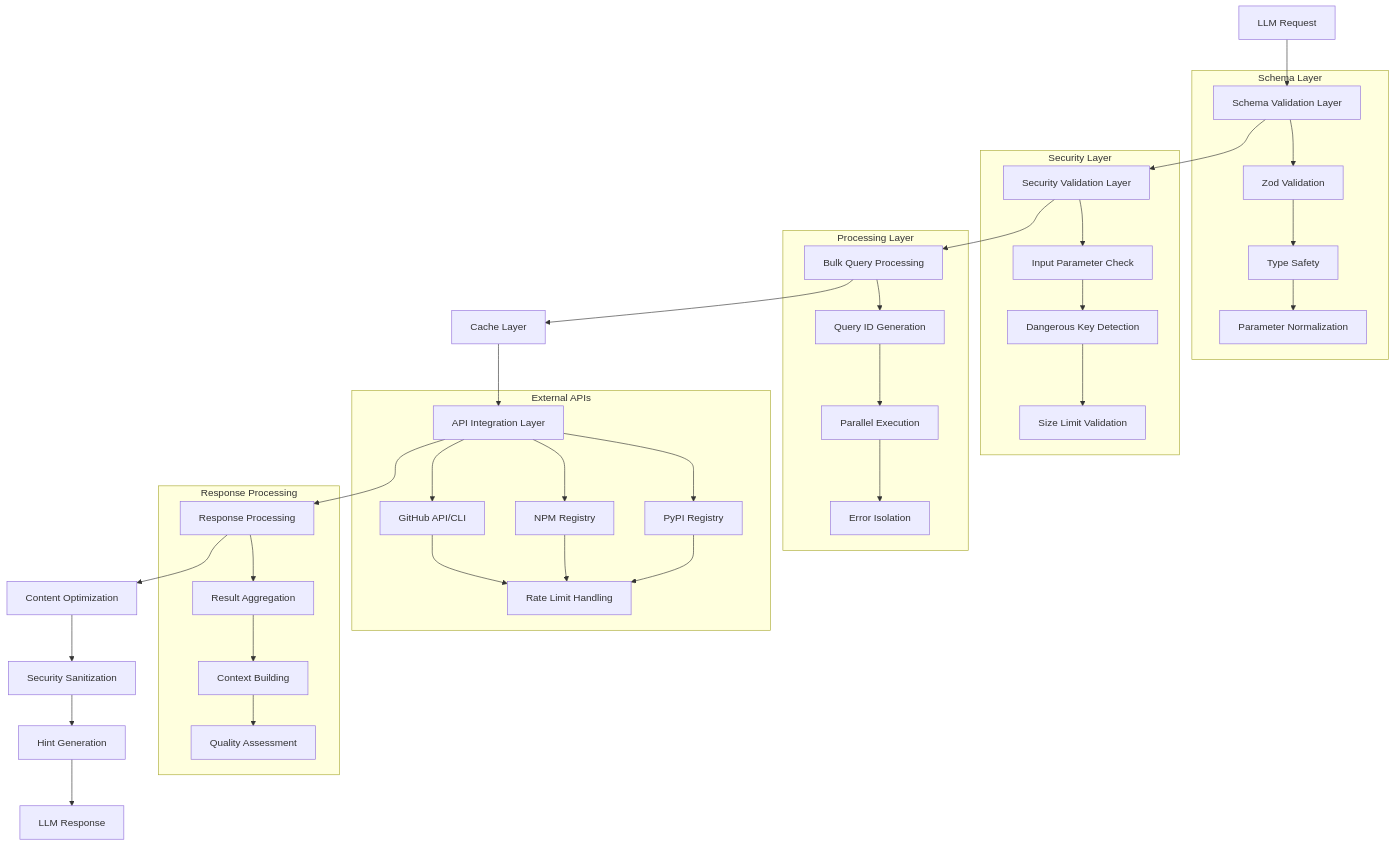
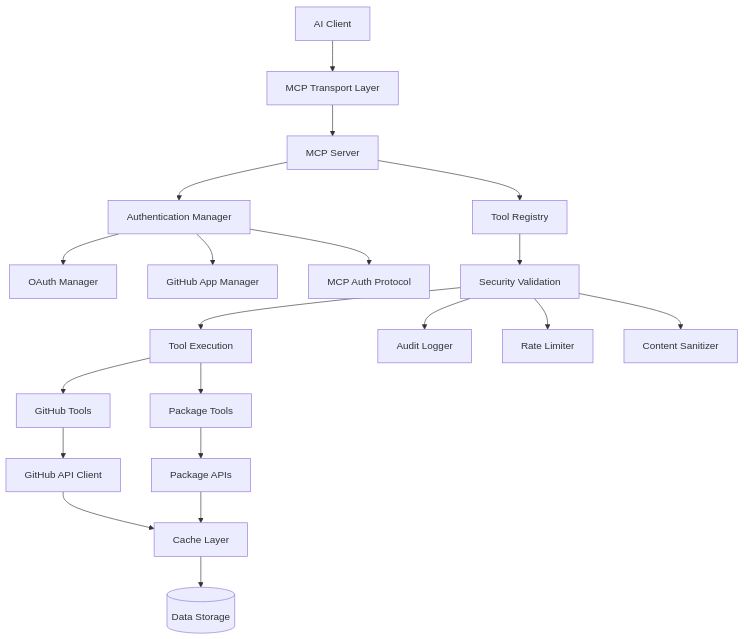
One commit to bgauryy/octocode-mcp changed the first of 3 diagrams in packages/octocode-mcp/docs/summary.md. Above: the diagram before and after it, drawn with Mermaid. The commit also changed other lines of this file and 38 other files, not shown here.

First line of the commit message:
Support StreamableHTTPServerTransport with mcp-s-oauth - 5.0.0 (#116)

````diff
--- a/packages/octocode-mcp/docs/summary.md
+++ b/packages/octocode-mcp/docs/summary.md
@@ -475,46 +35,29 @@
 ```mermaid
-graph TD
-    A[LLM Request] --> B[Schema Validation Layer]
-    B --> C[Security Validation Layer]
-    C --> D[Bulk Query Processing]
-    D --> E[Cache Layer]
-    E --> F[API Integration Layer]
-    F --> G[Response Processing]
-    G --> H[Content Optimization]
-    H --> I[Security Sanitization]
-    I --> J[Hint Generation]
-    J --> K[LLM Response]
-
-    subgraph "Schema Layer"
-        B --> B1[Zod Validation]
-        B1 --> B2[Type Safety]
-        B2 --> B3[Parameter Normalization]
-    end
-
-    subgraph "Security Layer"
-        C --> C1[Input Parameter Check]
-        C1 --> C2[Dangerous Key Detection]
-        C2 --> C3[Size Limit Validation]
-    end
-
-    subgraph "Processing Layer"
-        D --> D1[Query ID Generation]
-        D1 --> D2[Parallel Execution]
-        D2 --> D3[Error Isolation]
-    end
-
-    subgraph "External APIs"
-        F --> F1[GitHub API/CLI]
-        F --> F2[NPM Registry]
-        F --> F3[PyPI Registry]
-        F1 --> F4[Rate Limit Handling]
-        F2 --> F4
-        F3 --> F4
-    end
-
-    subgraph "Response Processing"
-        G --> G1[Result Aggregation]
-        G1 --> G2[Context Building]
-        G2 --> G3[Quality Assessment]
-    end
+graph TB
+    Client[AI Client] --> Transport[MCP Transport Layer]
+    Transport --> Server[MCP Server]
+    Server --> Auth[Authentication Manager]
+    Server --> Tools[Tool Registry]
+    
+    Auth --> OAuth[OAuth Manager]
+    Auth --> GitHubApp[GitHub App Manager]
+    Auth --> MCP_Auth[MCP Auth Protocol]
+    
+    Tools --> Security[Security Validation]
+    Security --> Toolset[Tool Execution]
+    
+    Toolset --> GitHub_Tools[GitHub Tools]
+    Toolset --> Package_Tools[Package Tools]
+    
+    GitHub_Tools --> GitHub_API[GitHub API Client]
+    Package_Tools --> Package_API[Package APIs]
+    
+    GitHub_API --> Cache[Cache Layer]
+    Package_API --> Cache
+    
+    Cache --> Storage[(Data Storage)]
+    
+    Security --> Audit[Audit Logger]
+    Security --> RateLimit[Rate Limiter]
+    Security --> Content[Content Sanitizer]
 ```
````
